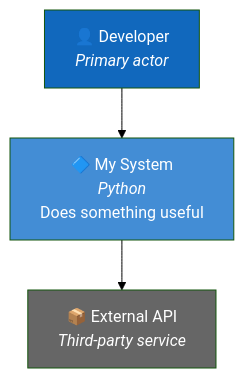
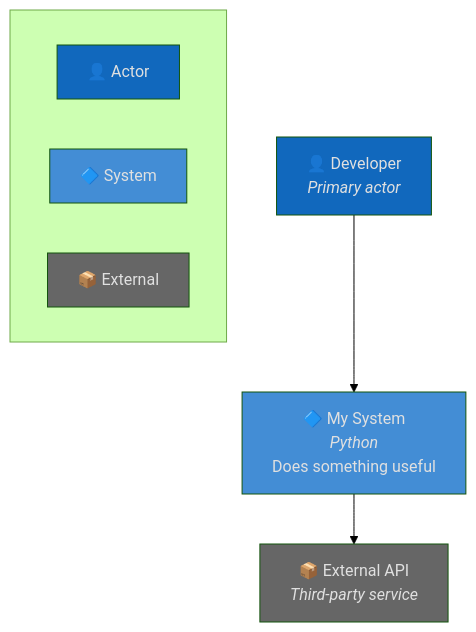
The tenth of 10 diagrams in .specify/templates/architecture-template.md (Alberto-Codes/gepa-adk), drawn with Mermaid (forest theme) before and after one commit. The commit also changed other lines of this file, not shown here.

Commit message:
feat(spec): enhance architecture documentation with constraints section and improved flowchart legends for clarity

````diff
--- a/.specify/templates/architecture-template.md
+++ b/.specify/templates/architecture-template.md
@@ -421,12 +455,22 @@
 ```mermaid
 flowchart TB
+    subgraph Legend[" "]
+        direction LR
+        l1["👤 Actor"]
+        l2["🔷 System"]
+        l3["📦 External"]
+    end
+
     user["👤 Developer<br/><i>Primary actor</i>"]
     system["🔷 My System<br/><i>Python</i><br/>Does something useful"]
     external["📦 External API<br/><i>Third-party service</i>"]
 
     user --> system --> external
 
-    style user fill:#1168BD,color:#fff
-    style system fill:#438DD5,color:#fff
-    style external fill:#666666,color:#fff
+    style l1 fill:#1168BD,color:#E0E0E0
+    style l2 fill:#438DD5,color:#E0E0E0
+    style l3 fill:#666666,color:#E0E0E0
+    style user fill:#1168BD,color:#E0E0E0
+    style system fill:#438DD5,color:#E0E0E0
+    style external fill:#666666,color:#E0E0E0
 ```
````
